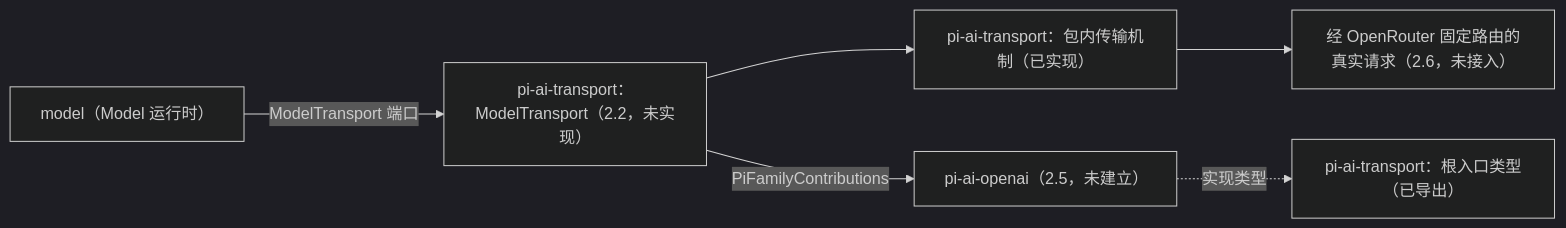
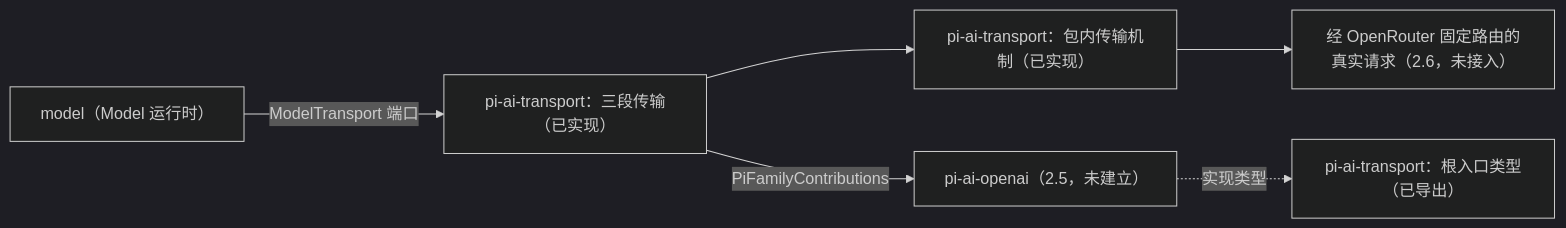
The diagram in packages/model/pi-ai-transport/docs/context.md (nemori-ai/omne-harness-lite), drawn with Mermaid (dark theme) before and after one commit. The commit also changed other lines of this file and 16 other files, not shown here.

````diff
--- a/packages/model/pi-ai-transport/docs/context.md
+++ b/packages/model/pi-ai-transport/docs/context.md
@@ -91,8 +127,8 @@
 ```mermaid
 flowchart LR
-  Model["model（Model 运行时）"] -->|ModelTransport 端口| Transport["pi-ai-transport：ModelTransport（2.2，未实现）"]
+  Model["model（Model 运行时）"] -->|ModelTransport 端口| Transport["pi-ai-transport：三段传输（已实现）"]
   Transport --> Mech["pi-ai-transport：包内传输机制（已实现）"]
   Transport -->|PiFamilyContributions| OpenAI["pi-ai-openai（2.5，未建立）"]
   OpenAI -. 实现类型 .-> Types["pi-ai-transport：根入口类型（已导出）"]
   Mech --> Route["经 OpenRouter 固定路由的真实请求（2.6，未接入）"]
 ```
````
